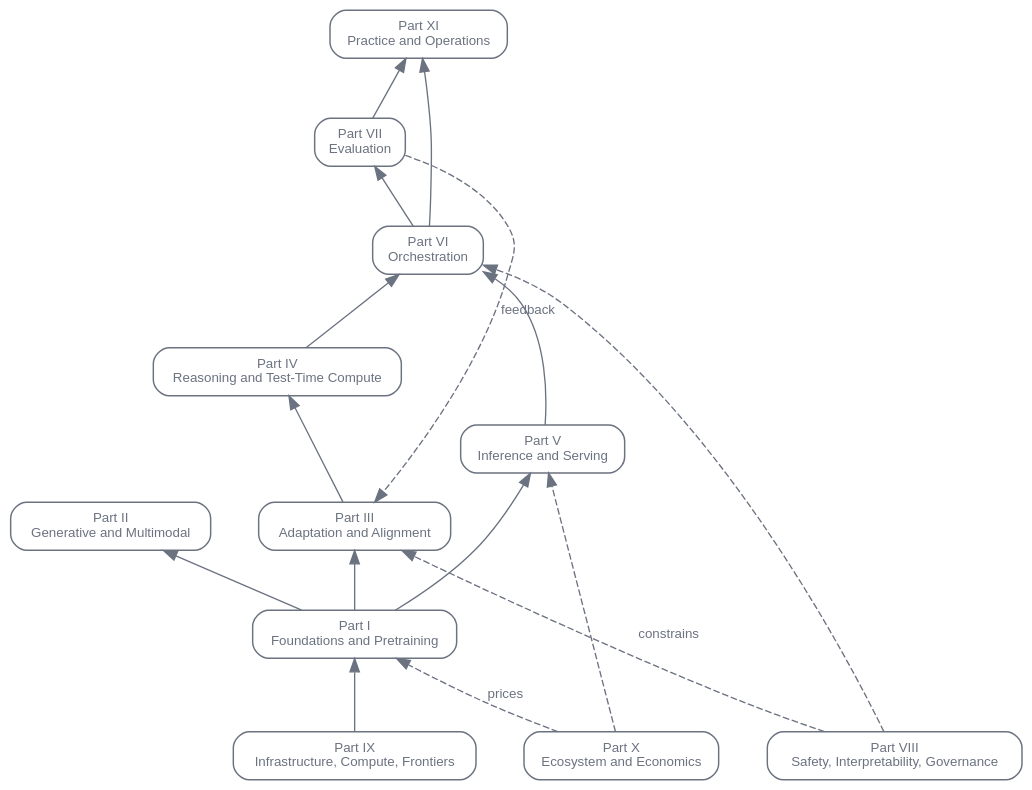
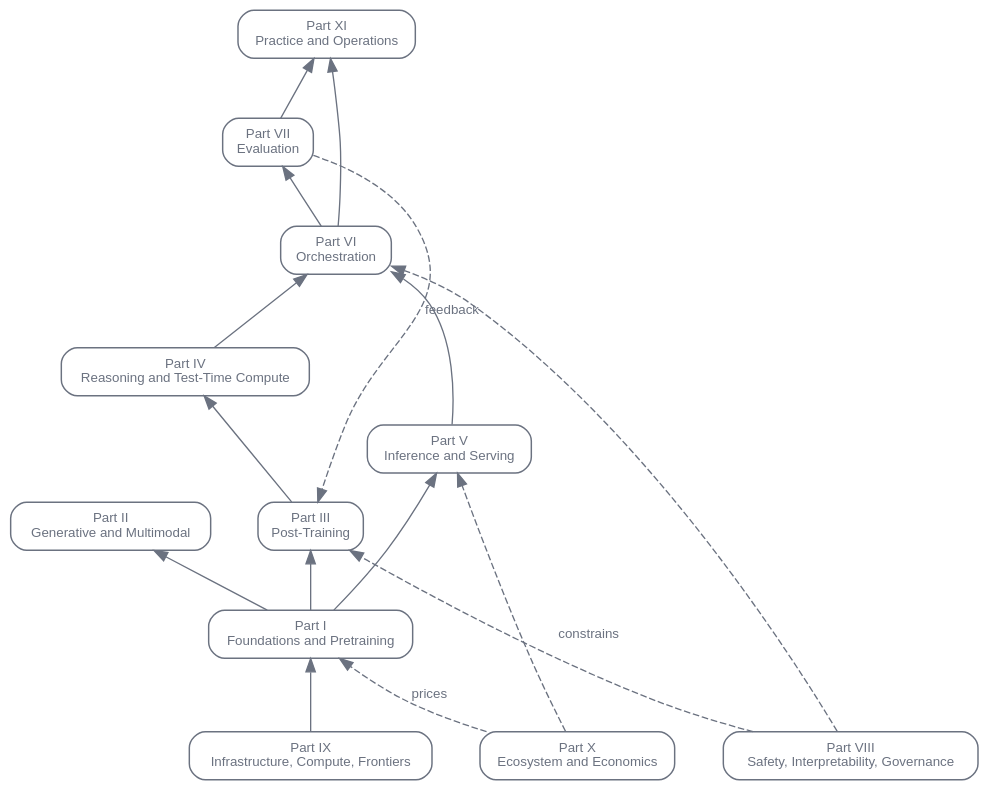
The first of 2 diagrams in en/orientation/02-field-map.qmd (latere-ai/ai-as-an-infrastructure), drawn with Graphviz before and after one commit. The commit also changed other lines of this file and 30 other files, not shown here.

Commit message:
adaptation: expand post-training part

````diff
--- a/en/orientation/02-field-map.qmd
+++ b/en/orientation/02-field-map.qmd
@@ -27,34 +27,34 @@
 ```{dot}
 //| label: fig-field-map-stack
 //| fig-cap: "The substantive parts read as a stack. Solid arrows point from a layer to the layer built on it; dashed arrows are cross-cutting forces (evaluation feedback, safety constraints, economic pricing) that reach across layers rather than feed one into the next."
 digraph {
   bgcolor="transparent";
   rankdir=BT;
   nodesep=0.5; ranksep=0.6;
   node [shape=box, style=rounded, fontsize=10, fontname="Helvetica", color="#6b7280", fontcolor="#6b7280", penwidth=1.1];
   edge [fontsize=10, fontname="Helvetica", color="#6b7280", fontcolor="#6b7280"];
 
   PIX  [label="Part IX\nInfrastructure, Compute, Frontiers"];
   PI   [label="Part I\nFoundations and Pretraining"];
   PII  [label="Part II\nGenerative and Multimodal"];
-  PIII [label="Part III\nAdaptation and Alignment"];
+  PIII [label="Part III\nPost-Training"];
   PIV  [label="Part IV\nReasoning and Test-Time Compute"];
   PV   [label="Part V\nInference and Serving"];
   PVI  [label="Part VI\nOrchestration"];
   PVII [label="Part VII\nEvaluation"];
   PVIII[label="Part VIII\nSafety, Interpretability, Governance"];
   PX   [label="Part X\nEcosystem and Economics"];
   PXI  [label="Part XI\nPractice and Operations"];
 
   PIX -> PI;
   PI -> PII; PI -> PIII; PI -> PV;
   PIII -> PIV; PIV -> PVI; PV -> PVI;
   PVI -> PVII; PVI -> PXI; PVII -> PXI;
 
   PVII  -> PIII [style=dashed, label="feedback", constraint=false];
   PVIII -> PIII [style=dashed, label="constrains", constraint=false];
   PVIII -> PVI  [style=dashed, constraint=false];
   PX -> PI [style=dashed, label="prices", constraint=false];
   PX -> PV [style=dashed, constraint=false];
 }
 ```
````
